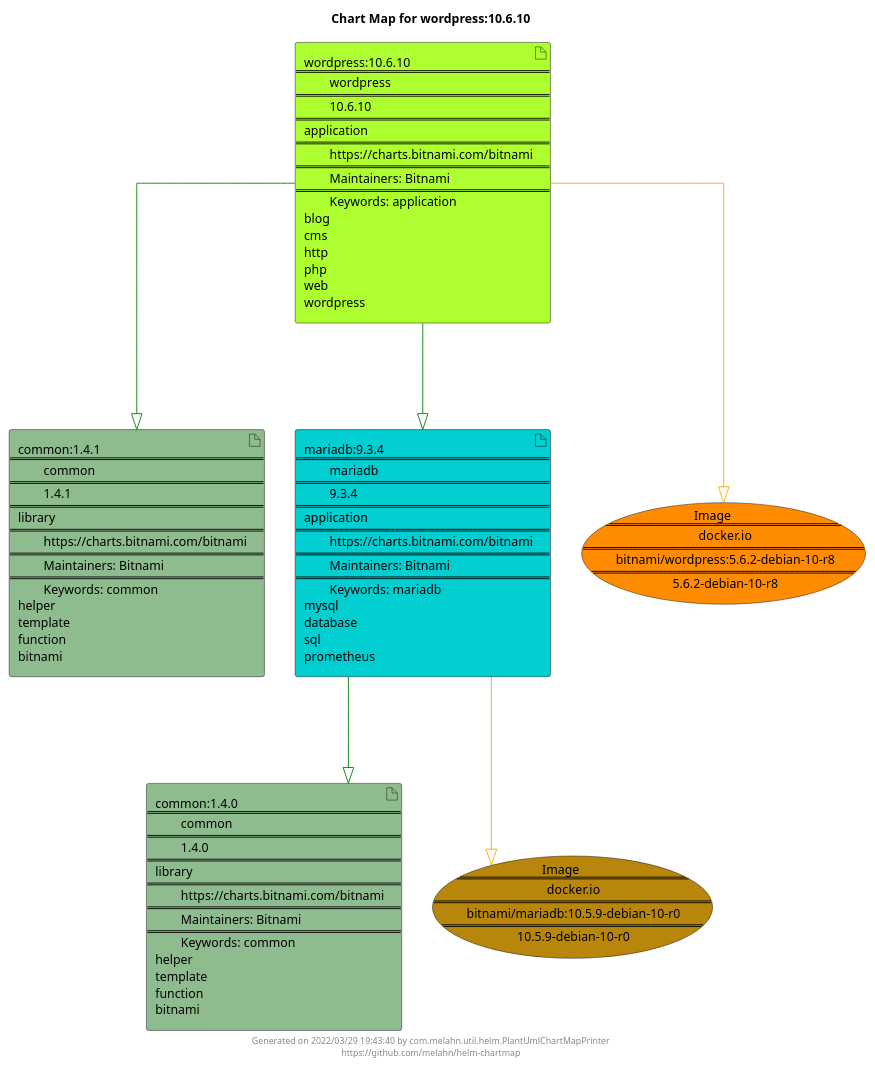
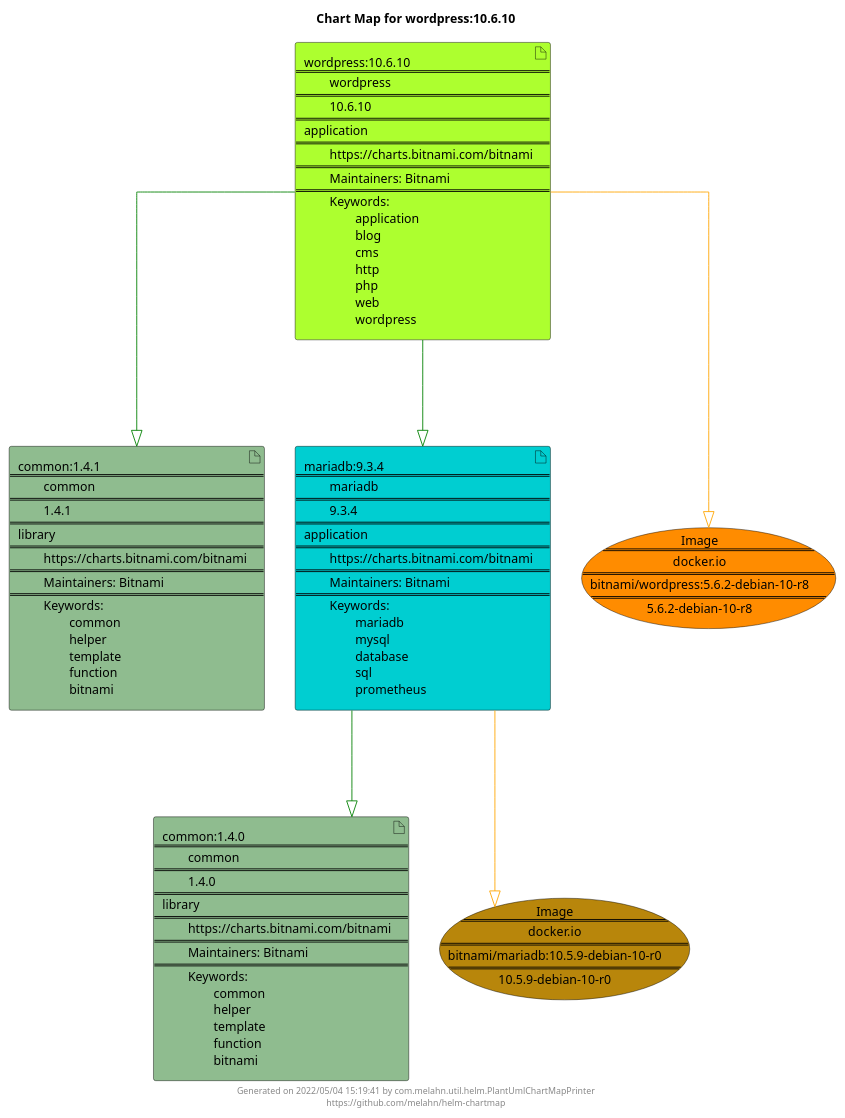
The diagram in docs/wordpress/wordpress-10.6.10.puml (melahn/helm-chartmap), drawn with PlantUML before and after one commit. The commit also changed 55 other files, not shown here.

Commit message:
Update Example Chart Maps as part of GitHub build

```diff
--- a/docs/wordpress/wordpress-10.6.10.puml
+++ b/docs/wordpress/wordpress-10.6.10.puml
@@ -1,29 +1,29 @@
 @startuml
 skinparam linetype ortho
 skinparam backgroundColor white
 skinparam usecaseBorderColor black
 skinparam usecaseArrowColor LightSlateGray
 skinparam artifactBorderColor black
 skinparam artifactArrowColor LightSlateGray
 
 title Chart Map for wordpress:10.6.10
 
 'There are 4 referenced Helm Charts
-artifact "common:1.4.1\n====\n\tcommon\n====\n\t1.4.1\n====\nlibrary\n====\n\thttps://charts.bitnami.com/bitnami\n====\n\tMaintainers: Bitnami\n====\n\tKeywords: common\nhelper\ntemplate\nfunction\nbitnami" as common_1_4_1 #DarkSeaGreen
-artifact "mariadb:9.3.4\n====\n\tmariadb\n====\n\t9.3.4\n====\napplication\n====\n\thttps://charts.bitnami.com/bitnami\n====\n\tMaintainers: Bitnami\n====\n\tKeywords: mariadb\nmysql\ndatabase\nsql\nprometheus" as mariadb_9_3_4 #DarkTurquoise
-artifact "common:1.4.0\n====\n\tcommon\n====\n\t1.4.0\n====\nlibrary\n====\n\thttps://charts.bitnami.com/bitnami\n====\n\tMaintainers: Bitnami\n====\n\tKeywords: common\nhelper\ntemplate\nfunction\nbitnami" as common_1_4_0 #DarkSeaGreen
-artifact "wordpress:10.6.10\n====\n\twordpress\n====\n\t10.6.10\n====\napplication\n====\n\thttps://charts.bitnami.com/bitnami\n====\n\tMaintainers: Bitnami\n====\n\tKeywords: application\nblog\ncms\nhttp\nphp\nweb\nwordpress" as wordpress_10_6_10 #GreenYellow
+artifact "common:1.4.1\n====\n\tcommon\n====\n\t1.4.1\n====\nlibrary\n====\n\thttps://charts.bitnami.com/bitnami\n====\n\tMaintainers: Bitnami\n====\n\tKeywords: \n\t\tcommon\n\t\thelper\n\t\ttemplate\n\t\tfunction\n\t\tbitnami" as common_1_4_1 #DarkSeaGreen
+artifact "mariadb:9.3.4\n====\n\tmariadb\n====\n\t9.3.4\n====\napplication\n====\n\thttps://charts.bitnami.com/bitnami\n====\n\tMaintainers: Bitnami\n====\n\tKeywords: \n\t\tmariadb\n\t\tmysql\n\t\tdatabase\n\t\tsql\n\t\tprometheus" as mariadb_9_3_4 #DarkTurquoise
+artifact "common:1.4.0\n====\n\tcommon\n====\n\t1.4.0\n====\nlibrary\n====\n\thttps://charts.bitnami.com/bitnami\n====\n\tMaintainers: Bitnami\n====\n\tKeywords: \n\t\tcommon\n\t\thelper\n\t\ttemplate\n\t\tfunction\n\t\tbitnami" as common_1_4_0 #DarkSeaGreen
+artifact "wordpress:10.6.10\n====\n\twordpress\n====\n\t10.6.10\n====\napplication\n====\n\thttps://charts.bitnami.com/bitnami\n====\n\tMaintainers: Bitnami\n====\n\tKeywords: \n\t\tapplication\n\t\tblog\n\t\tcms\n\t\thttp\n\t\tphp\n\t\tweb\n\t\twordpress" as wordpress_10_6_10 #GreenYellow
 
 'There are 2 referenced Docker Images
-usecase "Image\n====\n\tdocker.io\n====\n\tbitnami/wordpress:5.6.2-debian-10-r8\n====\n\t5.6.2-debian-10-r8" as docker_io_bitnami_wordpress_5_6_2_debian_10_r8 #Darkorange
-usecase "Image\n====\n\tdocker.io\n====\n\tbitnami/mariadb:10.5.9-debian-10-r0\n====\n\t10.5.9-debian-10-r0" as docker_io_bitnami_mariadb_10_5_9_debian_10_r0 #DarkGoldenRod
+usecase "Image\n====\ndocker.io\n====\nbitnami/wordpress:5.6.2-debian-10-r8\n====\n5.6.2-debian-10-r8" as docker_io_bitnami_wordpress_5_6_2_debian_10_r8 #Darkorange
+usecase "Image\n====\ndocker.io\n====\nbitnami/mariadb:10.5.9-debian-10-r0\n====\n10.5.9-debian-10-r0" as docker_io_bitnami_mariadb_10_5_9_debian_10_r0 #DarkGoldenRod
 
 'Chart Dependencies
 wordpress_10_6_10--[#green]-|>common_1_4_1
 wordpress_10_6_10--[#green]-|>mariadb_9_3_4
 mariadb_9_3_4--[#green]-|>common_1_4_0
 mariadb_9_3_4--[#orange]-|>docker_io_bitnami_mariadb_10_5_9_debian_10_r0
 wordpress_10_6_10--[#orange]-|>docker_io_bitnami_wordpress_5_6_2_debian_10_r8
 
-center footer Generated on 2022/03/29 19:43:40 by com.melahn.util.helm.PlantUmlChartMapPrinter\nhttps://github.com/melahn/helm-chartmap
+center footer Generated on 2022/05/04 15:19:41 by com.melahn.util.helm.PlantUmlChartMapPrinter\nhttps://github.com/melahn/helm-chartmap
 @enduml
```
